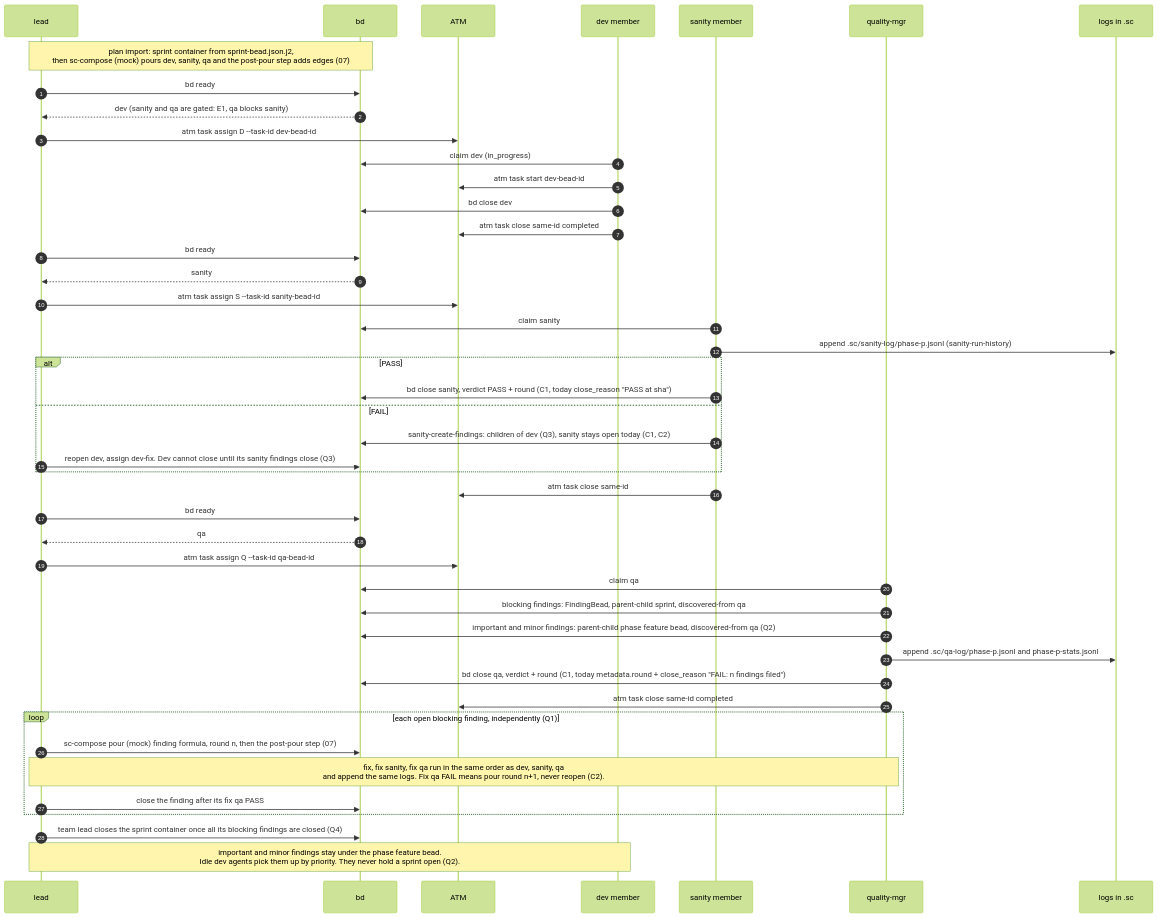
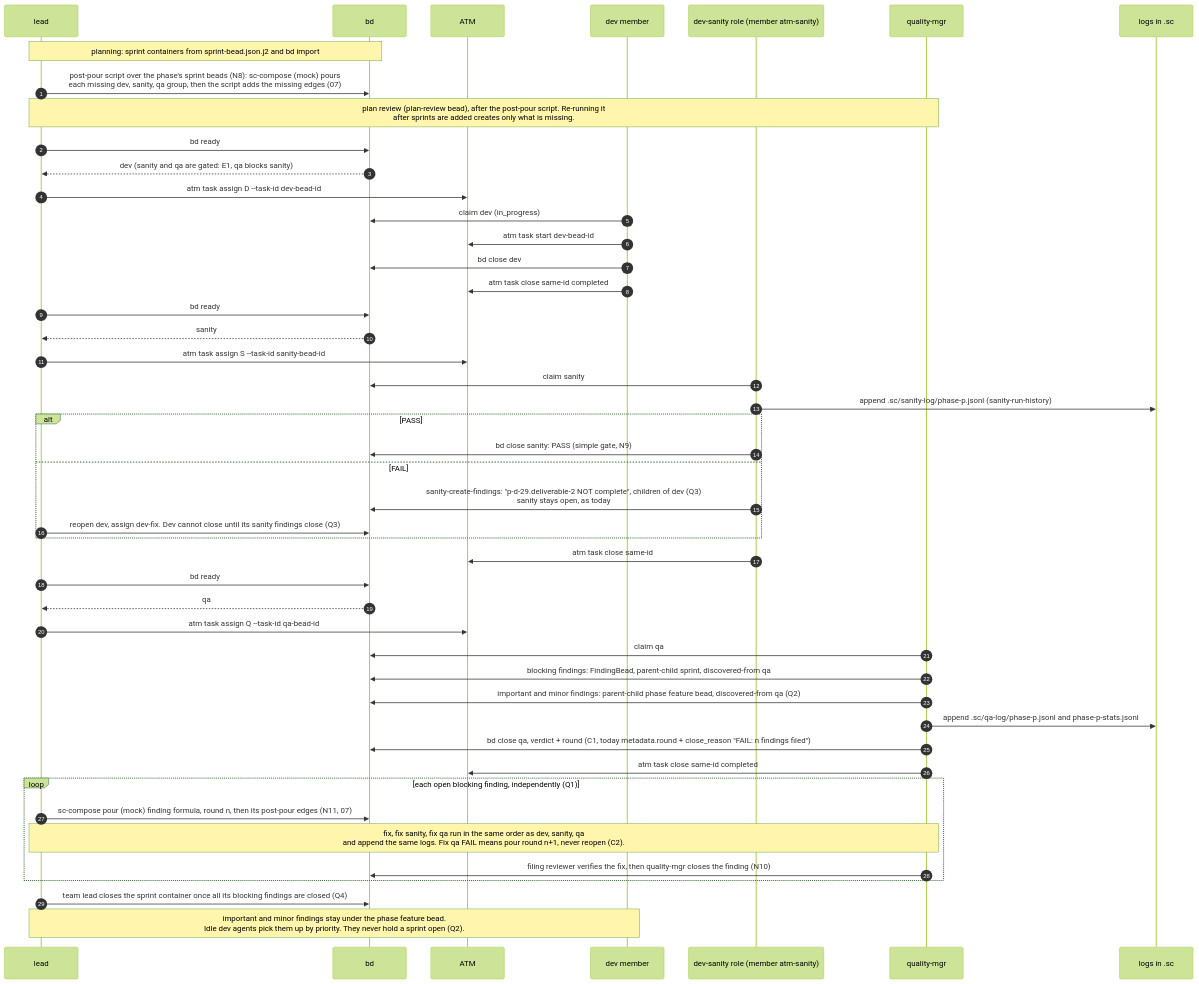
The first of 4 diagrams in docs/diagrams/05-lifecycle.md (randlee/atm-bd-orchestration), drawn with Mermaid (forest theme) before and after one commit. The commit also changed other lines of this file and 5 other files, not shown here.

First line of the commit message:
docs: record Rand's Q1, N7-N10 rulings in the bead diagrams

````diff
--- a/docs/diagrams/05-lifecycle.md
+++ b/docs/diagrams/05-lifecycle.md
@@ -5,48 +5,50 @@
 ```mermaid
 sequenceDiagram
   autonumber
   participant L as lead
   participant B as bd
   participant A as ATM
   participant D as dev member
-  participant S as sanity member
+  participant S as dev-sanity role (member atm-sanity)
   participant Q as quality-mgr
   participant G as logs in .sc
 
-  Note over L,B: plan import: sprint container from sprint-bead.json.j2,<br/>then sc-compose (mock) pours dev, sanity, qa and the post-pour step adds edges (07)
+  Note over L,B: planning: sprint containers from sprint-bead.json.j2 and bd import
+  L->>B: post-pour script over the phase's sprint beads (N8): sc-compose (mock) pours<br/>each missing dev, sanity, qa group, then the script adds the missing edges (07)
+  Note over L,Q: plan review (plan-review bead), after the post-pour script. Re-running it<br/>after sprints are added creates only what is missing.
   L->>B: bd ready
   B-->>L: dev (sanity and qa are gated: E1, qa blocks sanity)
   L->>A: atm task assign D --task-id dev-bead-id
   D->>B: claim dev (in_progress)
   D->>A: atm task start dev-bead-id
   D->>B: bd close dev
   D->>A: atm task close same-id completed
   L->>B: bd ready
   B-->>L: sanity
   L->>A: atm task assign S --task-id sanity-bead-id
   S->>B: claim sanity
   S->>G: append .sc/sanity-log/phase-p.jsonl (sanity-run-history)
   alt PASS
-    S->>B: bd close sanity, verdict PASS + round (C1, today close_reason "PASS at sha")
+    S->>B: bd close sanity: PASS (simple gate, N9)
   else FAIL
-    S->>B: sanity-create-findings: children of dev (Q3), sanity stays open today (C1, C2)
+    S->>B: sanity-create-findings: "p-d-29.deliverable-2 NOT complete", children of dev (Q3)<br/>sanity stays open, as today
     L->>B: reopen dev, assign dev-fix. Dev cannot close until its sanity findings close (Q3)
   end
   S->>A: atm task close same-id
   L->>B: bd ready
   B-->>L: qa
   L->>A: atm task assign Q --task-id qa-bead-id
   Q->>B: claim qa
   Q->>B: blocking findings: FindingBead, parent-child sprint, discovered-from qa
   Q->>B: important and minor findings: parent-child phase feature bead, discovered-from qa (Q2)
   Q->>G: append .sc/qa-log/phase-p.jsonl and phase-p-stats.jsonl
   Q->>B: bd close qa, verdict + round (C1, today metadata.round + close_reason "FAIL: n findings filed")
   Q->>A: atm task close same-id completed
   loop each open blocking finding, independently (Q1)
-    L->>B: sc-compose pour (mock) finding formula, round n, then the post-pour step (07)
+    L->>B: sc-compose pour (mock) finding formula, round n, then its post-pour edges (N11, 07)
     Note over L,Q: fix, fix sanity, fix qa run in the same order as dev, sanity, qa<br/>and append the same logs. Fix qa FAIL means pour round n+1, never reopen (C2).
-    L->>B: close the finding after its fix qa PASS
+    Q->>B: filing reviewer verifies the fix, then quality-mgr closes the finding (N10)
   end
   L->>B: team lead closes the sprint container once all its blocking findings are closed (Q4)
   Note over L,D: important and minor findings stay under the phase feature bead.<br/>Idle dev agents pick them up by priority. They never hold a sprint open (Q2).
 ```
````
